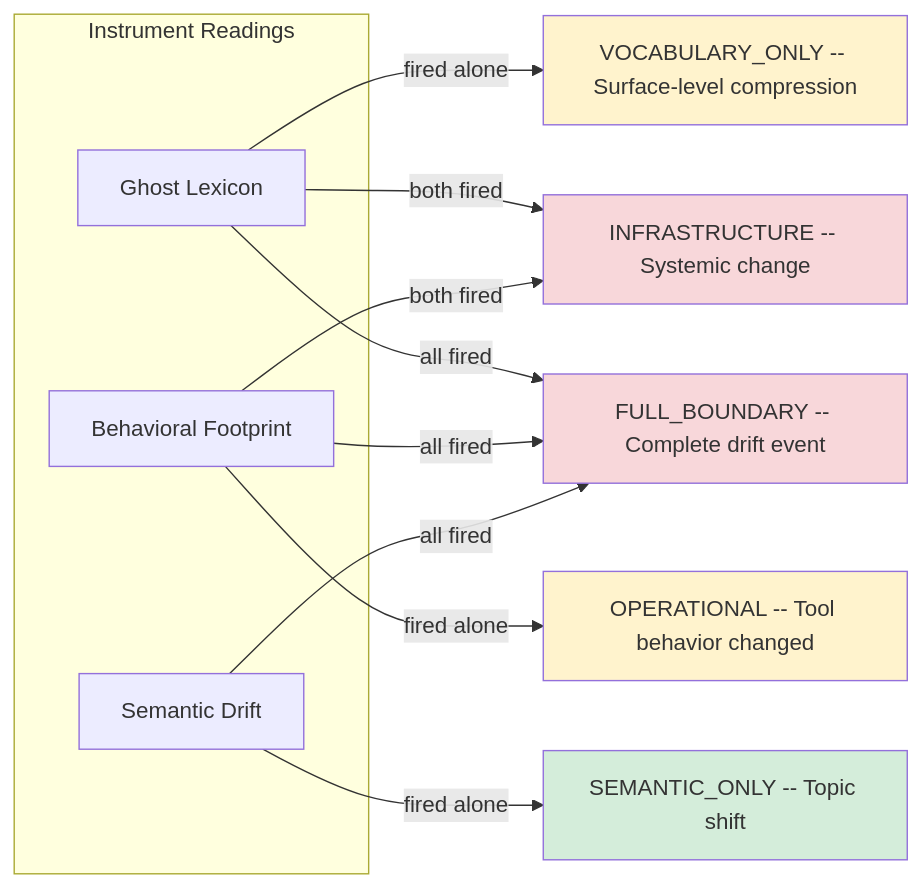
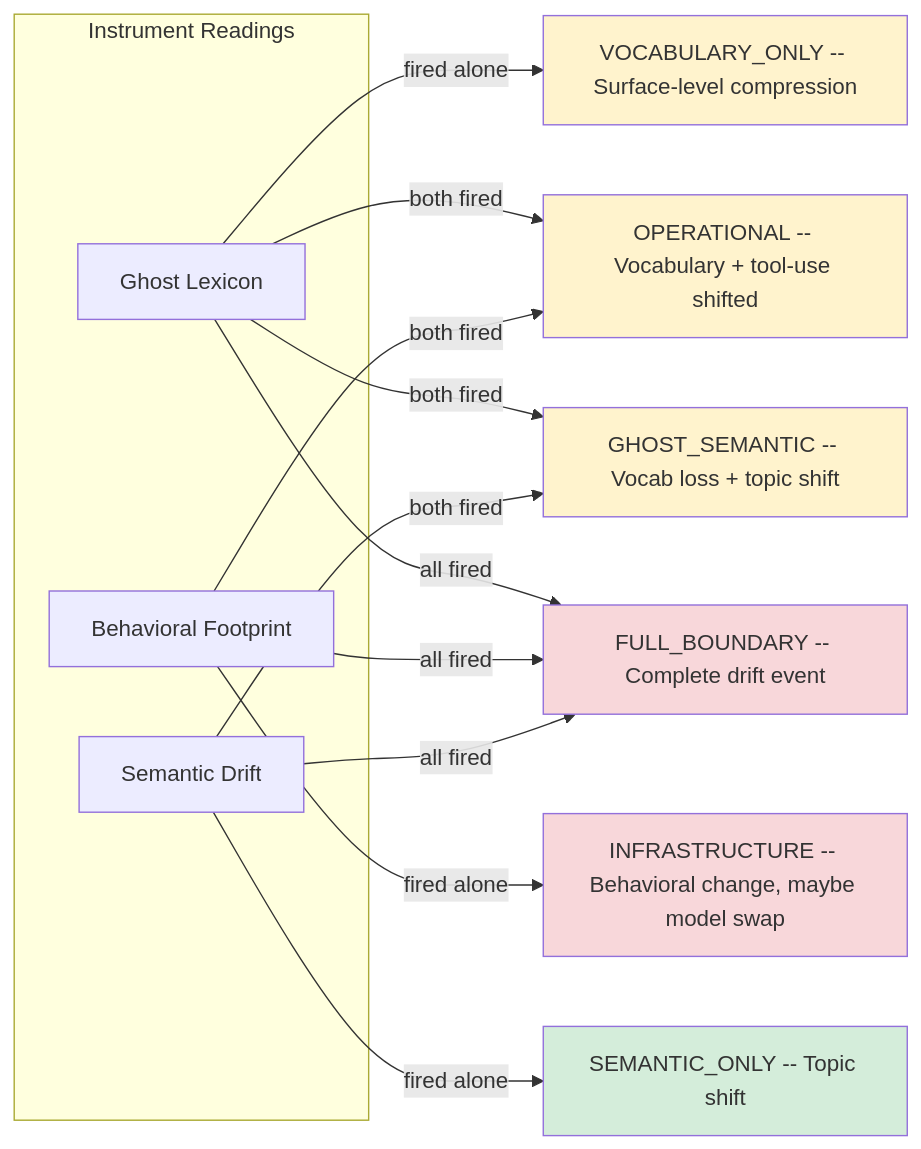
Before and after one commit to elementalcollision/drift-monitor: the second of 3 diagrams in README.md, drawn with Mermaid. The commit also changed other lines of this file, not shown here.

````diff
--- a/README.md
+++ b/README.md
@@ -104,21 +111,23 @@
 ```mermaid
 graph LR
     subgraph Instrument Readings
         GL[Ghost Lexicon]
         BF[Behavioral Footprint]
         SD[Semantic Drift]
     end
 
     GL -->|fired alone| VOC["VOCABULARY_ONLY -- Surface-level compression"]
-    BF -->|fired alone| OPS["OPERATIONAL -- Tool behavior changed"]
+    BF -->|fired alone| INFRA["INFRASTRUCTURE -- Behavioral change, maybe model swap"]
     SD -->|fired alone| SEM["SEMANTIC_ONLY -- Topic shift"]
 
-    GL & BF -->|both fired| INFRA["INFRASTRUCTURE -- Systemic change"]
+    GL & BF -->|both fired| OPS["OPERATIONAL -- Vocabulary + tool-use shifted"]
+    GL & SD -->|both fired| GS["GHOST_SEMANTIC -- Vocab loss + topic shift"]
     GL & BF & SD -->|all fired| FULL["FULL_BOUNDARY -- Complete drift event"]
 
     style FULL fill:#f8d7da
     style VOC fill:#fff3cd
     style OPS fill:#fff3cd
     style SEM fill:#d4edda
+    style GS fill:#fff3cd
     style INFRA fill:#f8d7da
 ```
````
